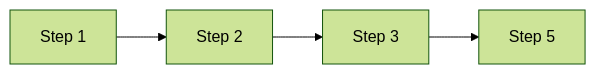
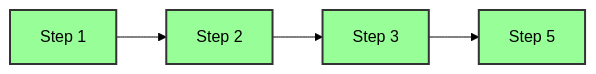
The first of 4 diagrams in docs/Merge.cn.md (Bilibotter/light-flow), drawn with Mermaid (forest theme) before and after one commit. The commit also changed other lines of this file and 1 other file, not shown here.

````diff
--- a/docs/Merge.cn.md
+++ b/docs/Merge.cn.md
@@ -19,6 +19,7 @@
   ```mermaid
   flowchart LR;
       A["Step 1"]-->B["Step 2"];
       B --> C["Step 3"];
       C --> D["Step 5"];
+  classDef default fill:#98FF98,stroke:#333,stroke-width:2px;
   ```
````
